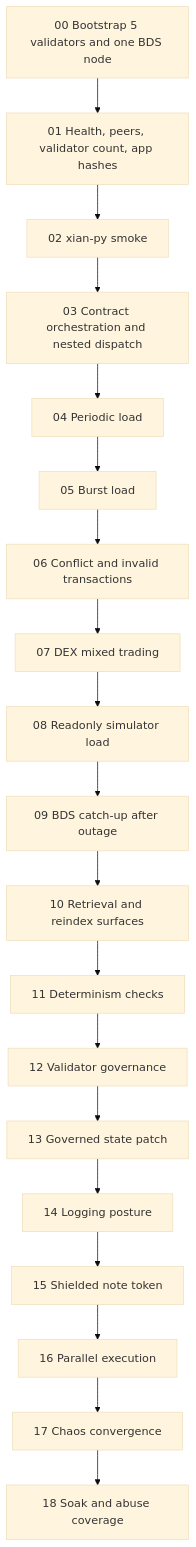
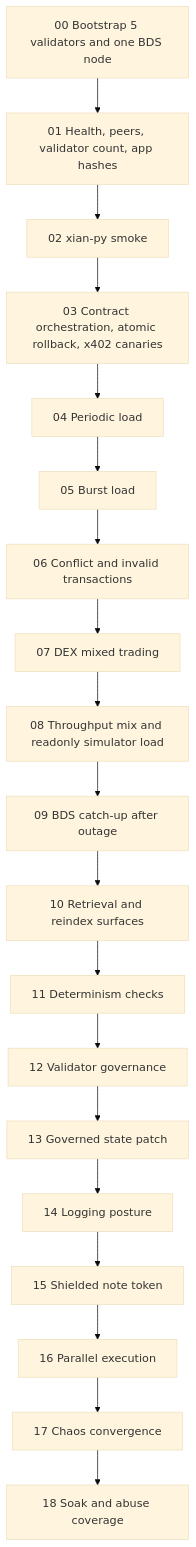
The second of 2 diagrams in node/localnet-e2e.md (xian-technology/xian-docs-web), drawn with Mermaid (base theme) before and after one commit. The commit also changed other lines of this file and 24 other files, not shown here.

First line of the commit message:
Docs audit: expand products section, fix drifted content, add diagrams

````diff
--- a/node/localnet-e2e.md
+++ b/node/localnet-e2e.md
@@ -113,25 +113,25 @@
 ```mermaid
 flowchart TD
   P00["00 Bootstrap 5 validators and one BDS node"]
   P01["01 Health, peers, validator count, app hashes"]
   P02["02 xian-py smoke"]
-  P03["03 Contract orchestration and nested dispatch"]
+  P03["03 Contract orchestration, atomic rollback, x402 canaries"]
   P04["04 Periodic load"]
   P05["05 Burst load"]
   P06["06 Conflict and invalid transactions"]
   P07["07 DEX mixed trading"]
-  P08["08 Readonly simulator load"]
+  P08["08 Throughput mix and readonly simulator load"]
   P09["09 BDS catch-up after outage"]
   P10["10 Retrieval and reindex surfaces"]
   P11["11 Determinism checks"]
   P12["12 Validator governance"]
   P13["13 Governed state patch"]
   P14["14 Logging posture"]
   P15["15 Shielded note token"]
   P16["16 Parallel execution"]
   P17["17 Chaos convergence"]
   P18["18 Soak and abuse coverage"]
 
   P00 --> P01 --> P02 --> P03 --> P04 --> P05 --> P06 --> P07 --> P08 --> P09
   P09 --> P10 --> P11 --> P12 --> P13 --> P14 --> P15 --> P16 --> P17 --> P18
 ```
````
